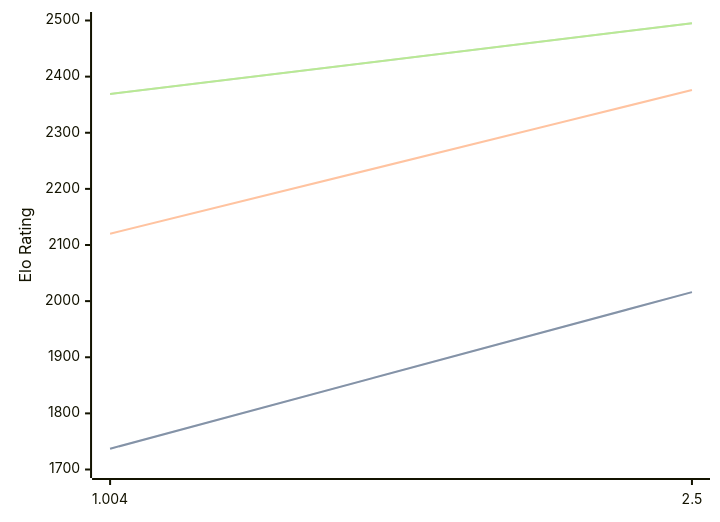
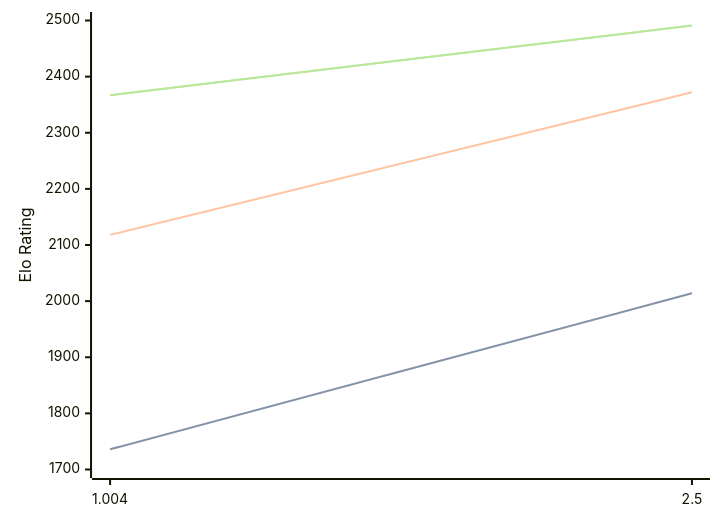
Before and after one commit to computer-chess-index/cci: the diagram in engines/Ares.md, drawn with Mermaid. The commit also changed other lines of this file, not shown here.

Commit message:
Update CCI Ratings (ELO VLTC) - 2026-05-18

````diff
--- a/engines/Ares.md
+++ b/engines/Ares.md
@@ -32,11 +32,11 @@
 ```mermaid
 %%{init: {"theme":"base","themeVariables":{"seriesColors:['#a3a3a3','#222221','#faa371']}}}%%
 xychart-beta
   x-axis ["1.004", "2.5"]
   y-axis "Elo Rating" 1700 --> 2500
-  line "STC (8.0+0.08s)" [1737, 2016]
-  line "STC (8.0+0.08s)" [1737, 2016]
-  line "LTC (60.0+0.60s)" [2120, 2376]
-  line "VLTC (2m24s+1.12s)" [2369, 2495]
-  line "VLTC (2m24s+1.12s)" [2369, 2495]
+  line "STC (8.0+0.08s)" [1736, 2014]
+  line "STC (8.0+0.08s)" [1736, 2014]
+  line "LTC (60.0+0.60s)" [2118, 2372]
+  line "VLTC (2m24s+1.12s)" [2367, 2491]
+  line "VLTC (2m24s+1.12s)" [2367, 2491]
 ```
````
